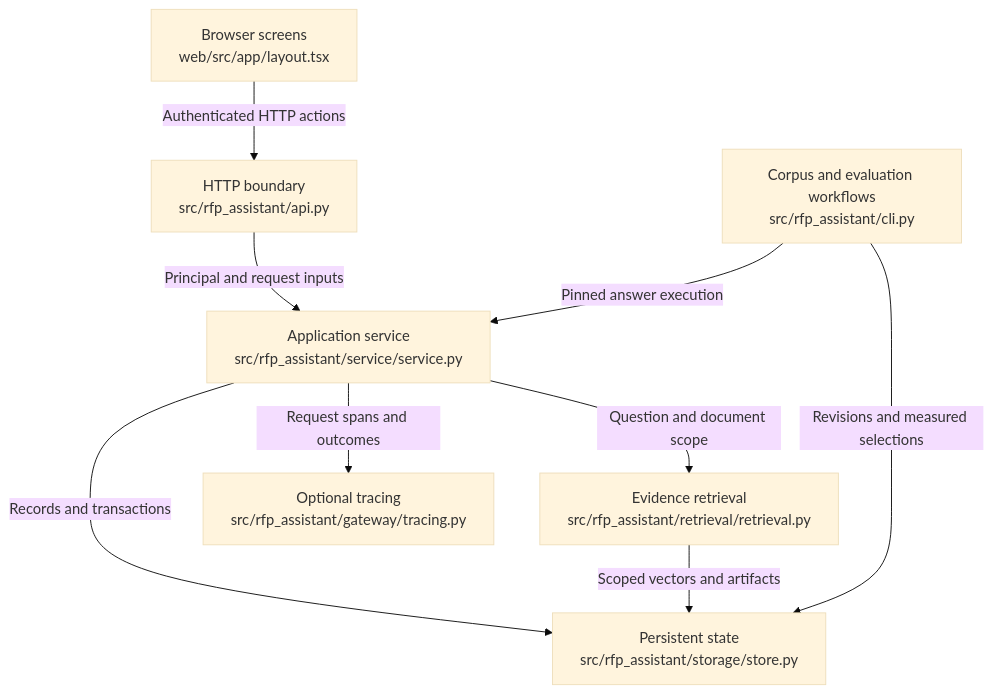
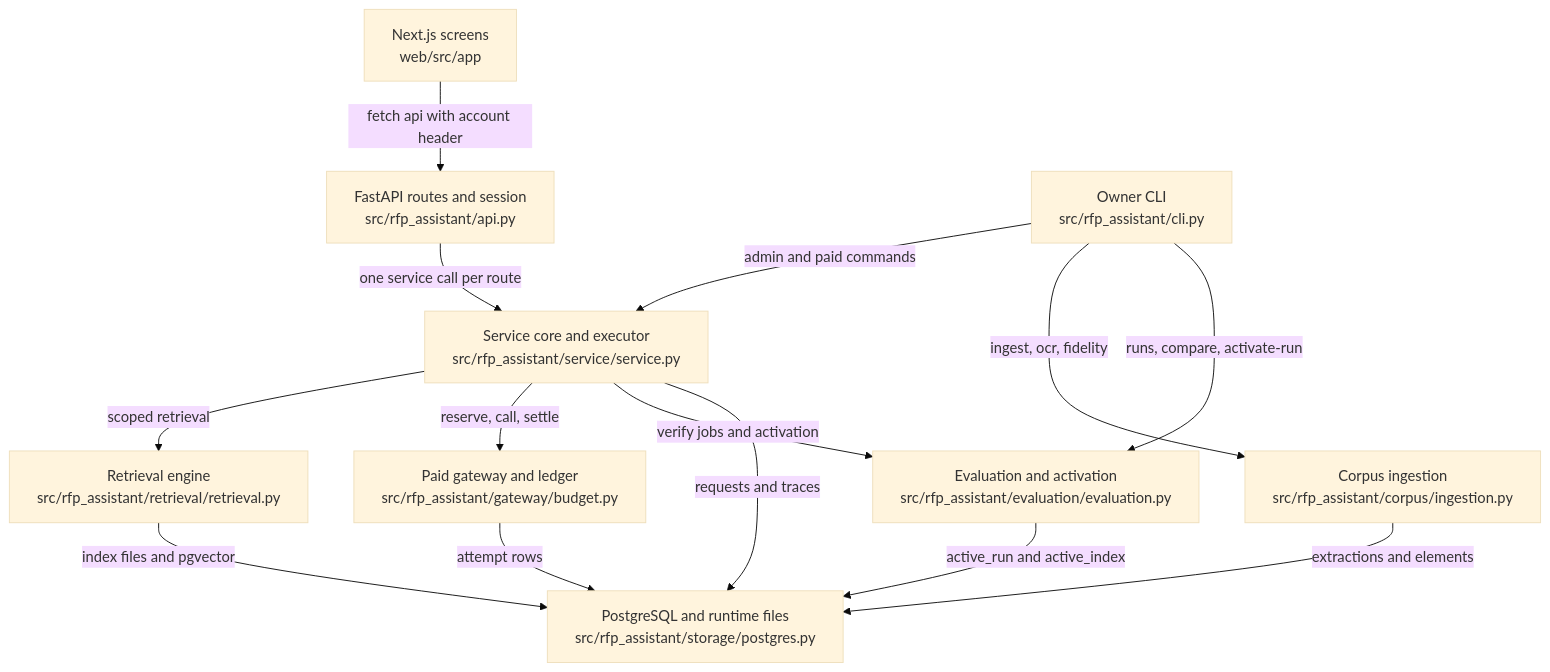
Before and after one commit to littleeeeebit/project-codeit-mid: the diagram in .omm/overall-architecture/diagram.mmd, drawn with Mermaid (base theme). The commit also changed 370 other files, not shown here.

Commit message:
Refresh wiki and architecture before merge

```diff
--- a/.omm/overall-architecture/diagram.mmd
+++ b/.omm/overall-architecture/diagram.mmd
@@ -1,9 +1,23 @@
 graph TD
-web["Browser screens\nweb/src/app/layout.tsx"] -->|Authenticated HTTP actions| http["HTTP boundary\nsrc/rfp_assistant/api.py"]
-http -->|Principal and request inputs| service["Application service\nsrc/rfp_assistant/service/service.py"]
-service -->|Question and document scope| retrieval["Evidence retrieval\nsrc/rfp_assistant/retrieval/retrieval.py"]
-service -->|Records and transactions| persistence["Persistent state\nsrc/rfp_assistant/storage/store.py"]
-retrieval -->|Scoped vectors and artifacts| persistence
-workflows["Corpus and evaluation workflows\nsrc/rfp_assistant/cli.py"] -->|Pinned answer execution| service
-workflows -->|Revisions and measured selections| persistence
-service -->|Request spans and outcomes| tracing["Optional tracing\nsrc/rfp_assistant/gateway/tracing.py"]
+  web-screens["Next.js screens\nweb/src/app"]
+  http-api["FastAPI routes and session\nsrc/rfp_assistant/api.py"]
+  cli["Owner CLI\nsrc/rfp_assistant/cli.py"]
+  service-core["Service core and executor\nsrc/rfp_assistant/service/service.py"]
+  retrieval-engine["Retrieval engine\nsrc/rfp_assistant/retrieval/retrieval.py"]
+  paid-gateway["Paid gateway and ledger\nsrc/rfp_assistant/gateway/budget.py"]
+  storage["PostgreSQL and runtime files\nsrc/rfp_assistant/storage/postgres.py"]
+  corpus-pipeline["Corpus ingestion\nsrc/rfp_assistant/corpus/ingestion.py"]
+  evaluation["Evaluation and activation\nsrc/rfp_assistant/evaluation/evaluation.py"]
+  web-screens -->|fetch api with account header| http-api
+  http-api -->|one service call per route| service-core
+  cli -->|admin and paid commands| service-core
+  cli -->|ingest, ocr, fidelity| corpus-pipeline
+  cli -->|runs, compare, activate-run| evaluation
+  service-core -->|scoped retrieval| retrieval-engine
+  service-core -->|reserve, call, settle| paid-gateway
+  service-core -->|verify jobs and activation| evaluation
+  retrieval-engine -->|index files and pgvector| storage
+  paid-gateway -->|attempt rows| storage
+  corpus-pipeline -->|extractions and elements| storage
+  evaluation -->|active_run and active_index| storage
+  service-core -->|requests and traces| storage
```
